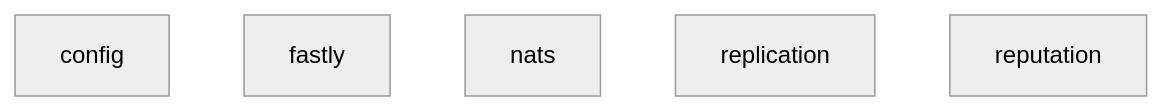
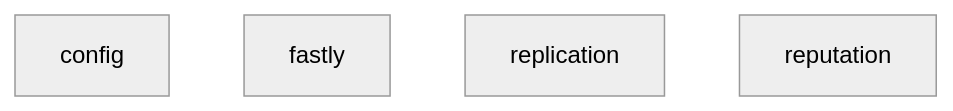
One commit to utopia-php/monorepo changed the diagram in README.md. Above: the diagram before and after it, drawn with Mermaid (neutral theme). The commit also changed other lines of this file and 137 other files, not shown here.

````diff
--- a/README.md
+++ b/README.md
@@ -52,8 +52,7 @@
 ```mermaid
 graph TD
     config
     fastly
-    nats
     replication
     reputation
 ```
````
